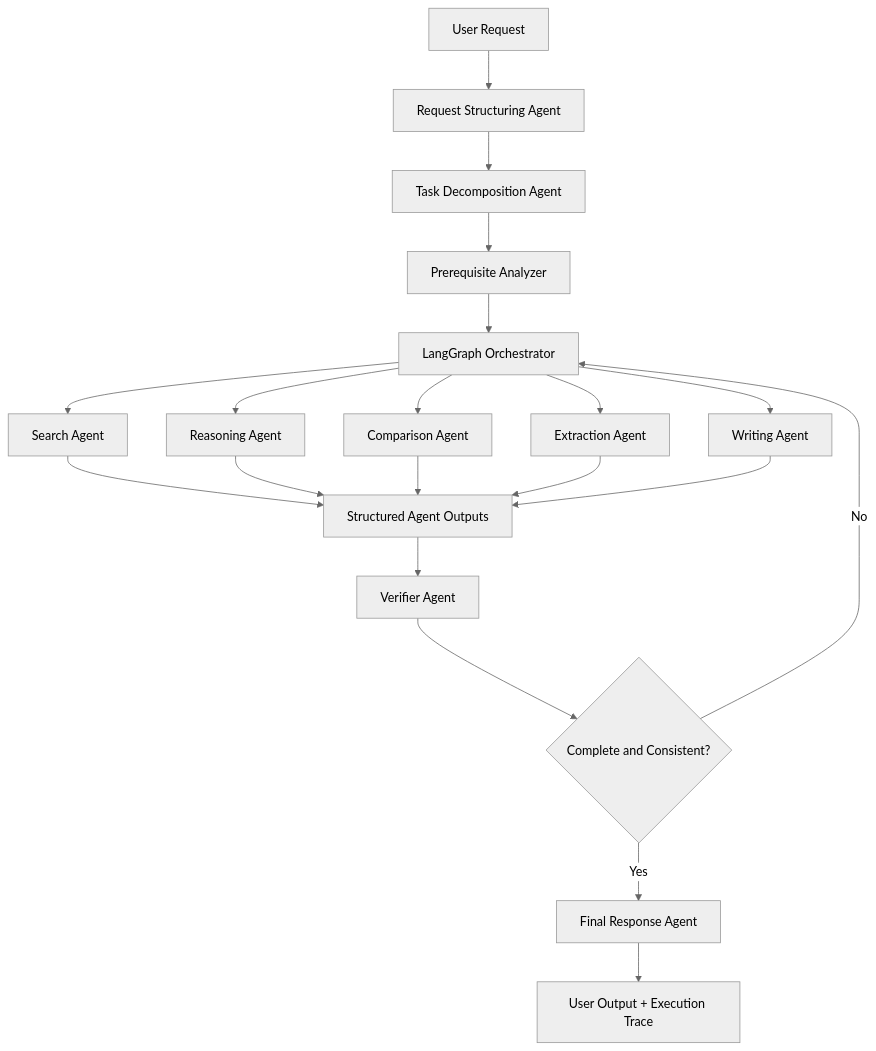
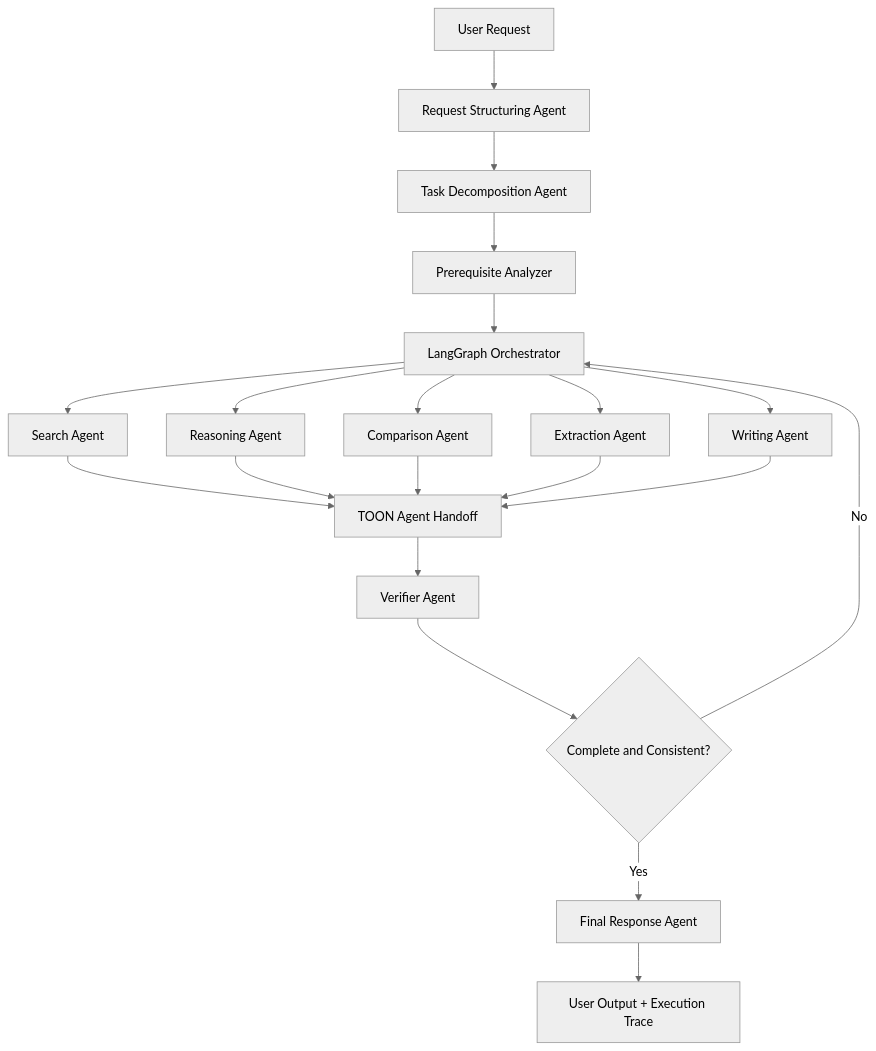
One commit to Hassaan146/agentic-ai-workflow changed the first of 7 diagrams in docs/diagrams.md. Above: the diagram before and after it, drawn with Mermaid (neutral theme). The commit also changed other lines of this file and 7 other files, not shown here.

Commit message:
Add TOON agent handoffs

````diff
--- a/docs/diagrams.md
+++ b/docs/diagrams.md
@@ -7,22 +7,22 @@
 ```mermaid
 flowchart TD
     A["User Request"] --> B["Request Structuring Agent"]
     B --> C["Task Decomposition Agent"]
     C --> D["Prerequisite Analyzer"]
     D --> E["LangGraph Orchestrator"]
     E --> F["Search Agent"]
     E --> G["Reasoning Agent"]
     E --> H["Comparison Agent"]
     E --> I["Extraction Agent"]
     E --> J["Writing Agent"]
-    F --> K["Structured Agent Outputs"]
+    F --> K["TOON Agent Handoff"]
     G --> K
     H --> K
     I --> K
     J --> K
     K --> L["Verifier Agent"]
     L --> M{"Complete and Consistent?"}
     M -->|No| E
     M -->|Yes| N["Final Response Agent"]
     N --> O["User Output + Execution Trace"]
 ```
````
